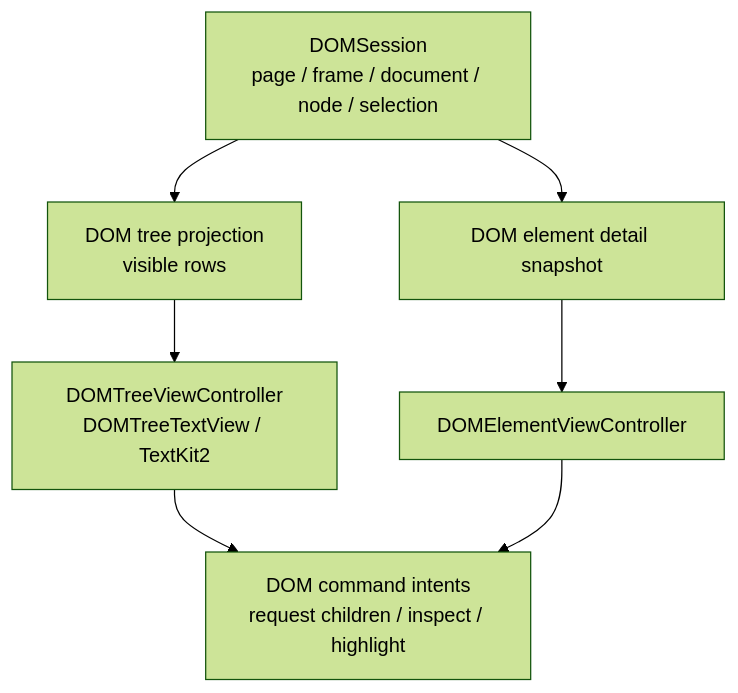
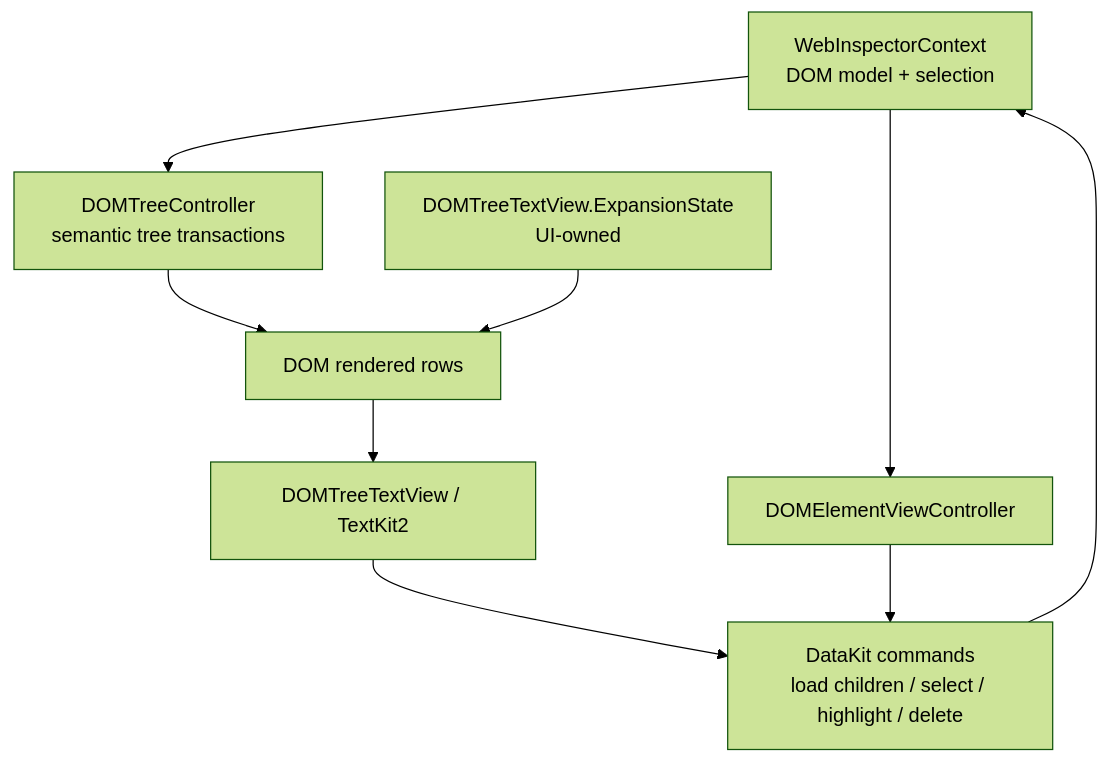
Before and after one commit to lynnswap/WebInspectorKit: the third of 7 diagrams in Sources/WebInspectorUI/Docs/UIIntegration.md, drawn with Mermaid (forest theme). The commit also changed other lines of this file and 11 other files, not shown here.

````diff
--- a/Sources/WebInspectorUI/Docs/UIIntegration.md
+++ b/Sources/WebInspectorUI/Docs/UIIntegration.md
@@ -78,16 +74,19 @@
 ```mermaid
 flowchart TD
-    DOMSession["DOMSession<br/>page / frame / document / node / selection"]
-    DOMProjection["DOM tree projection<br/>visible rows"]
-    DOMTree["DOMTreeViewController<br/>DOMTreeTextView / TextKit2"]
-    DetailSnapshot["DOM element detail snapshot"]
-    ElementView["DOMElementViewController"]
-    Commands["DOM command intents<br/>request children / inspect / highlight"]
+    Context["WebInspectorContext<br/>DOM model + selection"]
+    Controller["DOMTreeController<br/>semantic tree transactions"]
+    Expansion["DOMTreeTextView.ExpansionState<br/>UI-owned"]
+    Rows["DOM rendered rows"]
+    DOMTree["DOMTreeTextView / TextKit2"]
+    Detail["DOMElementViewController"]
+    Commands["DataKit commands<br/>load children / select / highlight / delete"]
 
-    DOMSession --> DOMProjection
-    DOMProjection --> DOMTree
-    DOMSession --> DetailSnapshot
-    DetailSnapshot --> ElementView
+    Context --> Controller
+    Controller --> Rows
+    Expansion --> Rows
+    Rows --> DOMTree
+    Context --> Detail
     DOMTree --> Commands
-    ElementView --> Commands
+    Detail --> Commands
+    Commands --> Context
 ```
````
